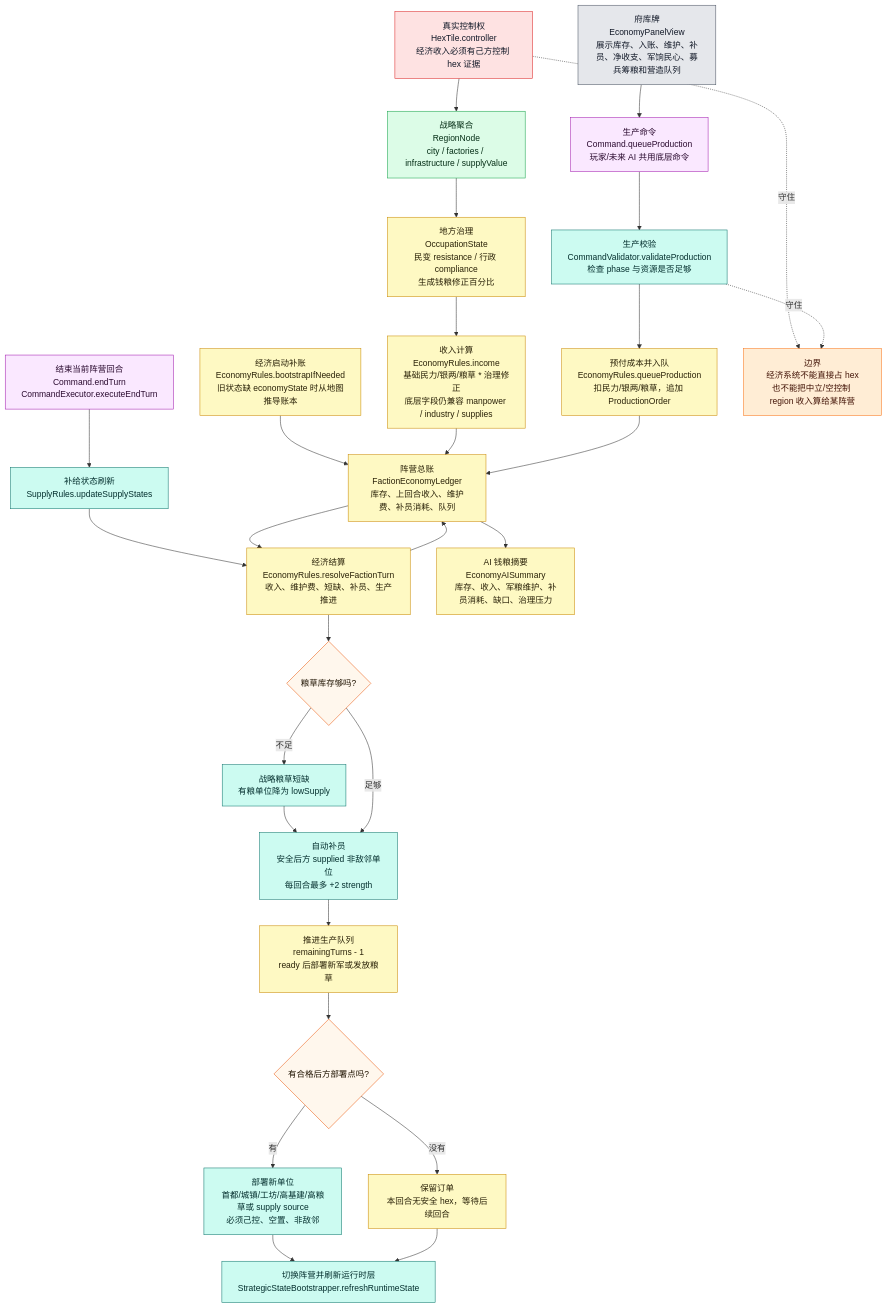
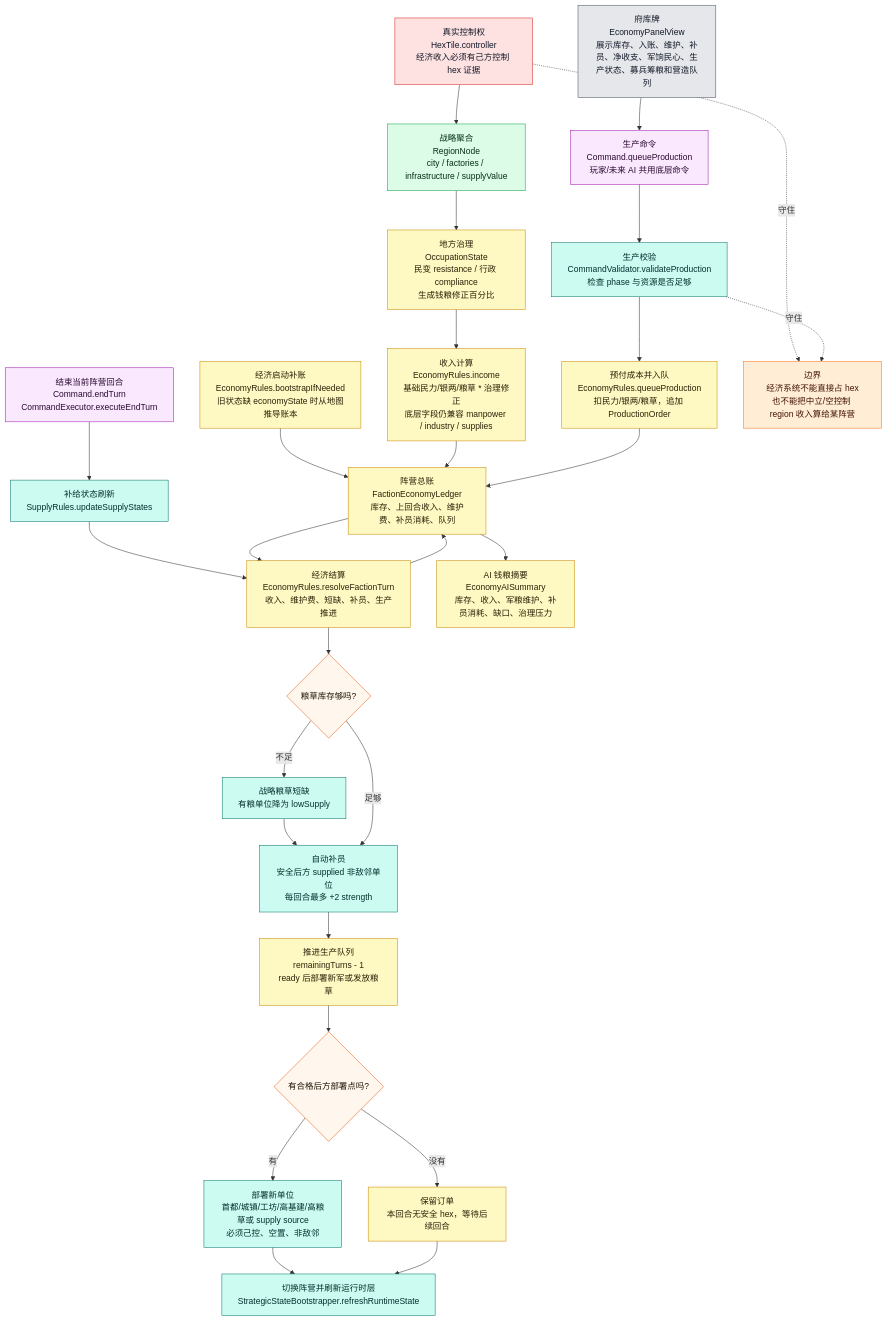
Before and after one commit to Altman-sam114/123: the fourth of 9 diagrams in md/flow/flowchart.md, drawn with Mermaid. The commit also changed other lines of this file and 6 other files, not shown here.

````diff
--- a/md/flow/flowchart.md
+++ b/md/flow/flowchart.md
@@ -284,54 +284,54 @@
 ```mermaid
 flowchart TD
     BOOT["经济启动补账<br/>EconomyRules.bootstrapIfNeeded<br/>旧状态缺 economyState 时从地图推导账本"]:::economy
     HEX["真实控制权<br/>HexTile.controller<br/>经济收入必须有己方控制 hex 证据"]:::authority
     REGION["战略聚合<br/>RegionNode<br/>city / factories / infrastructure / supplyValue"]:::derived
     GOV["地方治理<br/>OccupationState<br/>民变 resistance / 行政 compliance<br/>生成钱粮修正百分比"]:::economy
     INCOME["收入计算<br/>EconomyRules.income<br/>基础民力/银两/粮草 * 治理修正<br/>底层字段仍兼容 manpower / industry / supplies"]:::economy
     LEDGER["阵营总账<br/>FactionEconomyLedger<br/>库存、上回合收入、维护费、补员消耗、队列"]:::economy
 
-    UI["府库牌<br/>EconomyPanelView<br/>展示库存、入账、维护、补员、净收支、军饷民心、募兵筹粮和营造队列"]:::ui
+    UI["府库牌<br/>EconomyPanelView<br/>展示库存、入账、维护、补员、净收支、军饷民心、生产状态、募兵筹粮和营造队列"]:::ui
     QUEUE["生产命令<br/>Command.queueProduction<br/>玩家/未来 AI 共用底层命令"]:::command
     VALIDATE["生产校验<br/>CommandValidator.validateProduction<br/>检查 phase 与资源是否足够"]:::rules
     PAY["预付成本并入队<br/>EconomyRules.queueProduction<br/>扣民力/银两/粮草，追加 ProductionOrder"]:::economy
 
     END["结束当前阵营回合<br/>Command.endTurn<br/>CommandExecutor.executeEndTurn"]:::command
     SUPPLY["补给状态刷新<br/>SupplyRules.updateSupplyStates"]:::rules
     RESOLVE["经济结算<br/>EconomyRules.resolveFactionTurn<br/>收入、维护费、短缺、补员、生产推进"]:::economy
     SHORT{"粮草库存够吗?"}:::decision
     LOW["战略粮草短缺<br/>有粮单位降为 lowSupply"]:::rules
     REINF["自动补员<br/>安全后方 supplied 非敌邻单位<br/>每回合最多 +2 strength"]:::rules
     PROD["推进生产队列<br/>remainingTurns - 1<br/>ready 后部署新军或发放粮草"]:::economy
     DEPLOY{"有合格后方部署点吗?"}:::decision
     SPAWN["部署新单位<br/>首都/城镇/工坊/高基建/高粮草或 supply source<br/>必须己控、空置、非敌邻"]:::rules
     WAIT["保留订单<br/>本回合无安全 hex，等待后续回合"]:::economy
     NEXT["切换阵营并刷新运行时层<br/>StrategicStateBootstrapper.refreshRuntimeState"]:::rules
 
     BOOT --> LEDGER
     HEX --> REGION --> GOV --> INCOME --> LEDGER
     UI --> QUEUE --> VALIDATE --> PAY --> LEDGER
     END --> SUPPLY --> RESOLVE
     LEDGER --> RESOLVE
     RESOLVE --> SHORT
     SHORT -->|不足| LOW --> REINF
     SHORT -->|足够| REINF
     REINF --> PROD --> DEPLOY
     DEPLOY -->|有| SPAWN --> NEXT
     DEPLOY -->|没有| WAIT --> NEXT
     RESOLVE --> LEDGER
 
     LEDGER --> AISUM["AI 钱粮摘要<br/>EconomyAISummary<br/>库存、收入、军粮维护、补员消耗、缺口、治理压力"]:::economy
 
     WARN["边界<br/>经济系统不能直接占 hex<br/>也不能把中立/空控制 region 收入算给某阵营"]:::warn
     HEX -.守住.-> WARN
     VALIDATE -.守住.-> WARN
 
     classDef authority fill:#fee2e2,stroke:#dc2626,color:#111827
     classDef derived fill:#dcfce7,stroke:#16a34a,color:#052e16
     classDef economy fill:#fef9c3,stroke:#ca8a04,color:#292107
     classDef command fill:#fae8ff,stroke:#a21caf,color:#2a0a2f
     classDef rules fill:#ccfbf1,stroke:#0f766e,color:#042f2e
     classDef decision fill:#fff7ed,stroke:#ea580c,color:#1f1300
     classDef ui fill:#e5e7eb,stroke:#4b5563,color:#111827
     classDef warn fill:#ffedd5,stroke:#f97316,color:#431407
 ```
````
